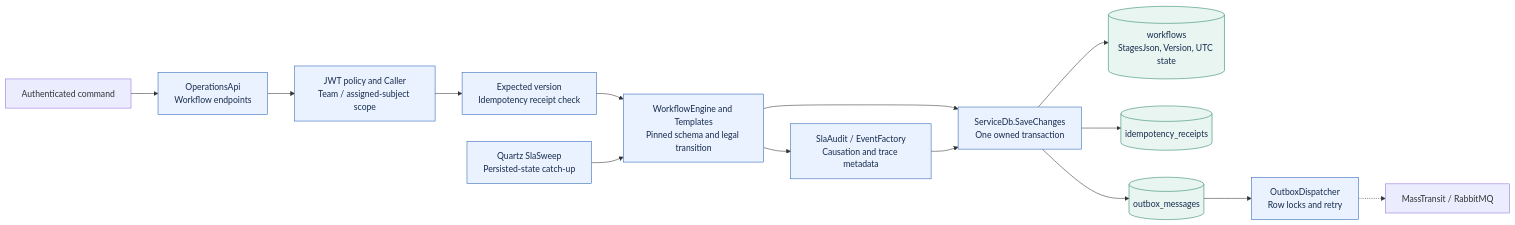
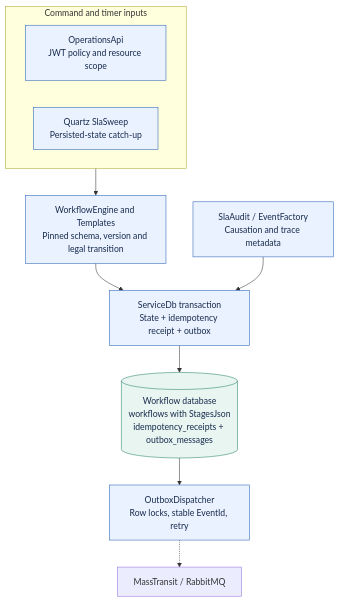
One commit to tousif-anwar/fieldops3600 changed the diagram in docs/presentation/diagrams/03-workflow-components.mmd. Above: the diagram before and after it, drawn with Mermaid. The commit also changed other lines of this file and 106 other files, not shown here.

```diff
--- a/docs/presentation/diagrams/03-workflow-components.mmd
+++ b/docs/presentation/diagrams/03-workflow-components.mmd
@@ -1,19 +1,17 @@
-%% Component view inside the Workflows deployment, not additional services.
-flowchart LR
-  Client["Authenticated command"] --> Endpoint["OperationsApi<br/>Workflow endpoints"]
-  Endpoint --> Policy["JWT policy and Caller<br/>Team / assigned-subject scope"]
-  Policy --> Receipt["Expected version<br/>Idempotency receipt check"]
-  Receipt --> Rules["WorkflowEngine and Templates<br/>Pinned schema and legal transition"]
-  Clock["Quartz SlaSweep<br/>Persisted-state catch-up"] --> Rules
-  Rules --> Unit["ServiceDb.SaveChanges<br/>One owned transaction"]
-  Unit --> Aggregate[("workflows<br/>StagesJson, Version, UTC state")]
-  Unit --> Idempotency[("idempotency_receipts")]
-  Unit --> Outbox[("outbox_messages")]
-  Outbox --> Publisher["OutboxDispatcher<br/>Row locks and retry"]
+%% Component view inside Workflows, not additional services.
+flowchart TB
+  subgraph Entry["Command and timer inputs"]
+    direction LR
+    Endpoint["OperationsApi<br/>JWT policy and resource scope"]
+    Clock["Quartz SlaSweep<br/>Persisted-state catch-up"]
+  end
+  Entry --> Rules["WorkflowEngine and Templates<br/>Pinned schema, version and legal transition"]
+  Rules --> Commit["ServiceDb transaction<br/>State + idempotency receipt + outbox"]
+  Audit["SlaAudit / EventFactory<br/>Causation and trace metadata"] --> Commit
+  Commit --> Owned[("Workflow database<br/>workflows with StagesJson<br/>idempotency_receipts + outbox_messages")]
+  Owned --> Publisher["OutboxDispatcher<br/>Row locks, stable EventId, retry"]
   Publisher -.-> Rabbit["MassTransit / RabbitMQ"]
-  Rules --> Audit["SlaAudit / EventFactory<br/>Causation and trace metadata"]
-  Audit --> Unit
   classDef code fill:#EAF2FF,stroke:#2862B4,color:#172B4D
   classDef data fill:#E8F5F1,stroke:#27836B,color:#172B4D
-  class Endpoint,Policy,Receipt,Rules,Clock,Unit,Publisher,Audit code
-  class Aggregate,Idempotency,Outbox data
+  class Endpoint,Clock,Rules,Commit,Audit,Publisher code
+  class Owned data
```
